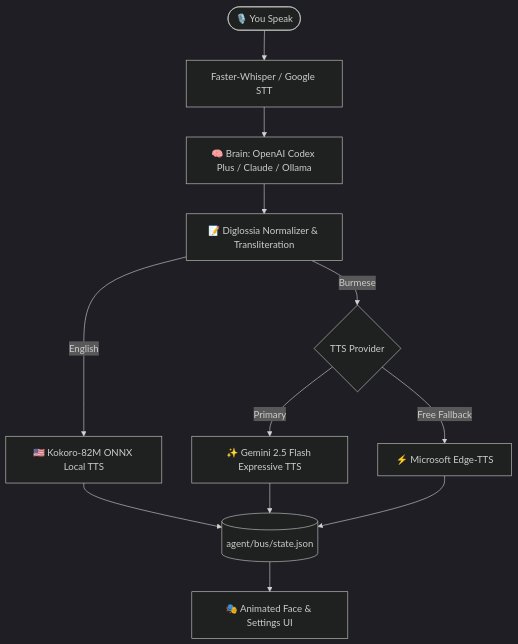
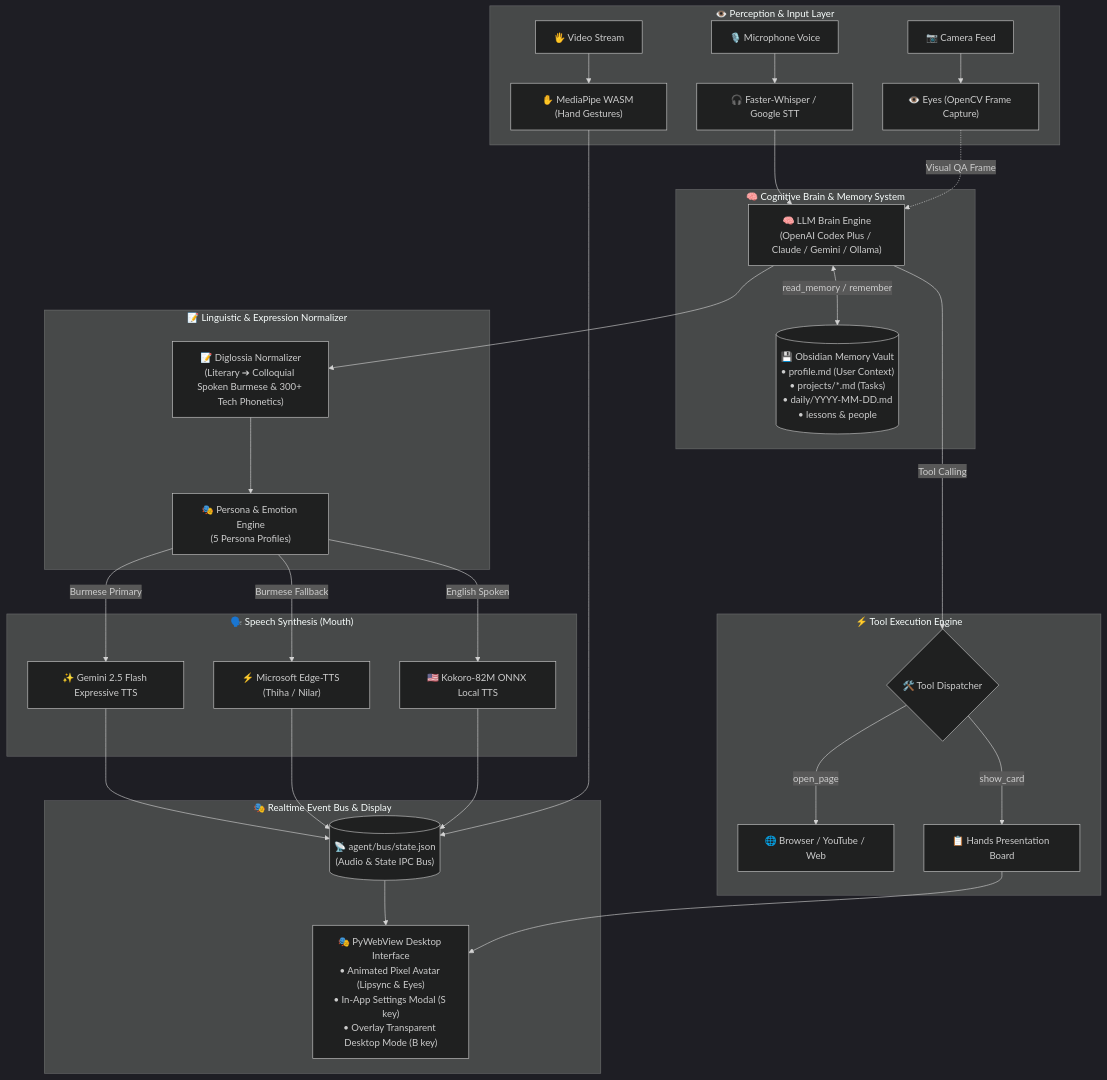
One commit to burmeseitman/lugalay changed the diagram in README.md. Above: the diagram before and after it, drawn with Mermaid (dark theme). The commit also changed other lines of this file, not shown here.

Commit message:
docs: update architecture diagram and add memory & tools components

````diff
--- a/README.md
+++ b/README.md
@@ -9,19 +9,39 @@
 ```mermaid
-flowchart TD
-    User([🎙️ You Speak]) --> STT[Faster-Whisper / Google STT]
-    
-    STT --> Brain[🧠 Brain: OpenAI Codex Plus / Claude / Ollama]
-    Brain --> Normalizer[📝 Diglossia Normalizer & Transliteration]
-    
-    Normalizer -->|English| Kokoro[🇺🇸 Kokoro-82M ONNX Local TTS]
-    Normalizer -->|Burmese| BurmeseTTS{TTS Provider}
-    
-    BurmeseTTS -->|Primary| Gemini[✨ Gemini 2.5 Flash Expressive TTS]
-    BurmeseTTS -->|Free Fallback| Edge[⚡ Microsoft Edge-TTS]
-    
-    Kokoro --> Bus[(agent/bus/state.json)]
-    Gemini --> Bus
-    Edge --> Bus
-    
-    Bus --> UI[🎭 Animated Face & Settings UI]
+flowchart TB
+    subgraph Perception ["👁️ Perception & Input Layer"]
+        Mic["🎙️ Microphone Voice"] --> STT["🎧 Faster-Whisper / Google STT"]
+        Cam["📷 Camera Feed"] --> Eyes["👁️ Eyes (OpenCV Frame Capture)"]
+        Gest["🖐️ Video Stream"] --> Hands["✋ MediaPipe WASM (Hand Gestures)"]
+    end
+
+    subgraph CoreBrain ["🧠 Cognitive Brain & Memory System"]
+        STT --> Brain["🧠 LLM Brain Engine<br/>(OpenAI Codex Plus / Claude / Gemini / Ollama)"]
+        Eyes -.->|Visual QA Frame| Brain
+        
+        Brain <-->|read_memory / remember| MemVault[("💾 Obsidian Memory Vault<br/>• profile.md (User Context)<br/>• projects/*.md (Tasks)<br/>• daily/YYYY-MM-DD.md<br/>• lessons & people")]
+    end
+
+    subgraph ActionTools ["⚡ Tool Execution Engine"]
+        Brain -->|Tool Calling| Tools{"🛠️ Tool Dispatcher"}
+        Tools -->|open_page| Browser["🌐 Browser / YouTube / Web"]
+        Tools -->|show_card| Board["📋 Hands Presentation Board"]
+    end
+
+    subgraph Linguistic ["📝 Linguistic & Expression Normalizer"]
+        Brain --> Normalizer["📝 Diglossia Normalizer<br/>(Literary ➔ Colloquial Spoken Burmese & 300+ Tech Phonetics)"]
+        Normalizer --> Emotion["🎭 Persona & Emotion Engine<br/>(5 Persona Profiles)"]
+    end
+
+    subgraph SpeechSynthesis ["🗣️ Speech Synthesis (Mouth)"]
+        Emotion -->|Burmese Primary| GeminiTTS["✨ Gemini 2.5 Flash Expressive TTS"]
+        Emotion -->|Burmese Fallback| EdgeTTS["⚡ Microsoft Edge-TTS (Thiha / Nilar)"]
+        Emotion -->|English Spoken| KokoroTTS["🇺🇸 Kokoro-82M ONNX Local TTS"]
+    end
+
+    subgraph SyncUI ["🎭 Realtime Event Bus & Display"]
+        GeminiTTS & EdgeTTS & KokoroTTS --> Bus[("📡 agent/bus/state.json<br/>(Audio & State IPC Bus)")]
+        Hands --> Bus
+        Bus --> FaceUI["🎭 PyWebView Desktop Interface<br/>• Animated Pixel Avatar (Lipsync & Eyes)<br/>• In-App Settings Modal (S key)<br/>• Overlay Transparent Desktop Mode (B key)"]
+        Board --> FaceUI
+    end
 ```
````
